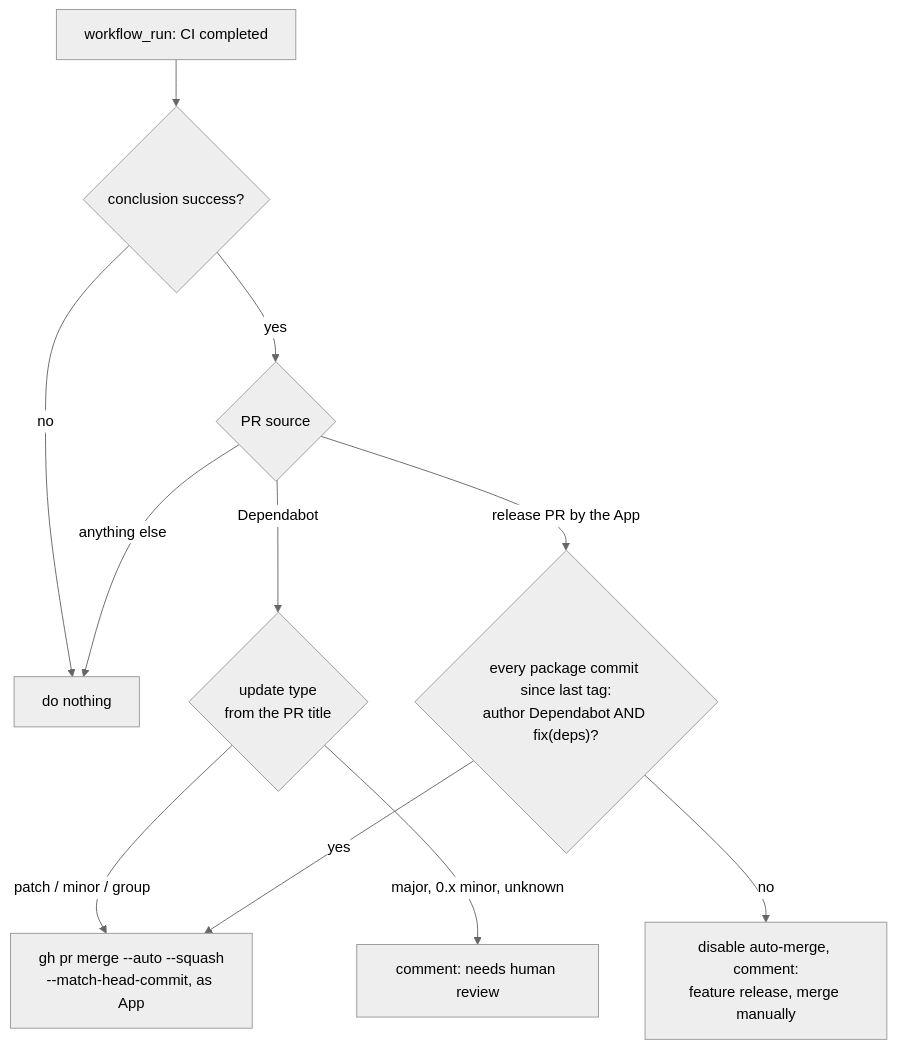
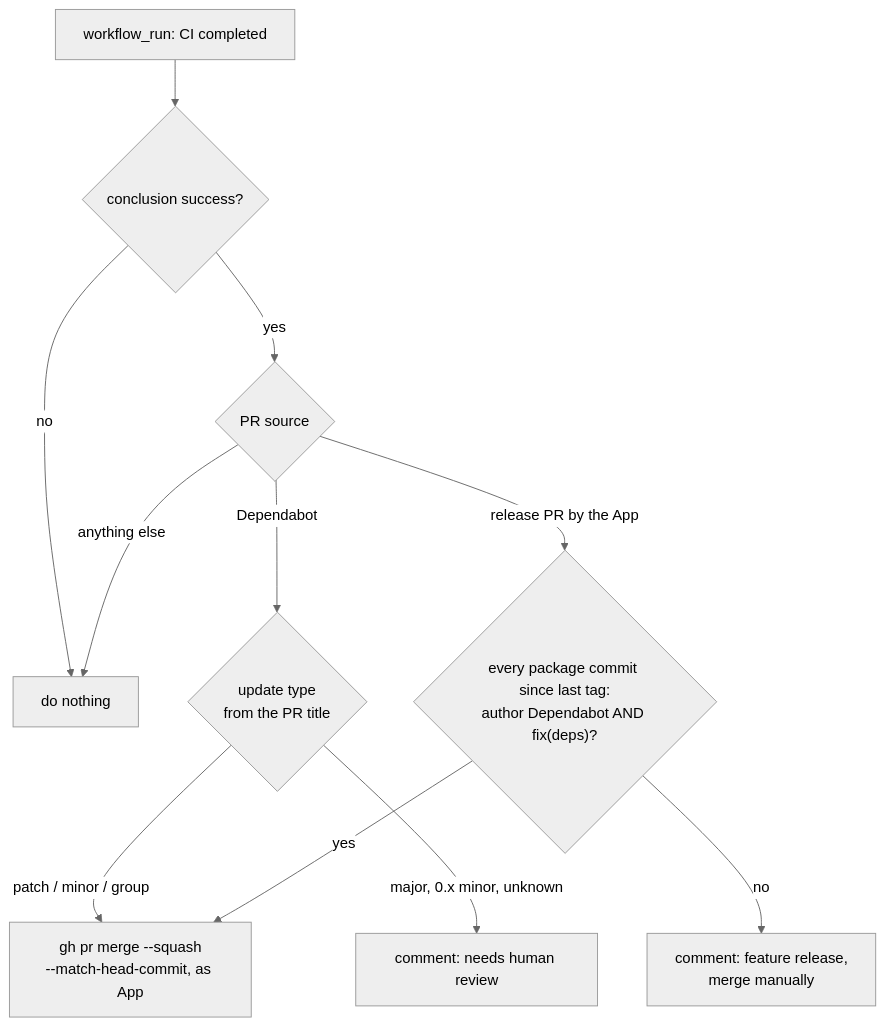
The fourth of 5 diagrams in docs/development.md (SoulcodeAgency/bexio-oauth), drawn with Mermaid (neutral theme) before and after one commit. The commit also changed other lines of this file and 4 other files, not shown here.

````diff
--- a/docs/development.md
+++ b/docs/development.md
@@ -152,13 +151,13 @@
 ```mermaid
 flowchart TD
     W["workflow_run: CI completed"] --> S{"conclusion success?"}
     S -->|no| Stop["do nothing"]
     S -->|yes| Who{"PR source"}
     Who -->|Dependabot| U{"update type<br/>from the PR title"}
-    U -->|"patch / minor / group"| AM["gh pr merge --auto --squash<br/>--match-head-commit, as App"]
+    U -->|"patch / minor / group"| AM["gh pr merge --squash<br/>--match-head-commit, as App"]
     U -->|"major, 0.x minor, unknown"| Cm1["comment: needs human review"]
     Who -->|"release PR by the App"| RC{"every package commit since last tag:<br/>author Dependabot AND fix(deps)?"}
     RC -->|yes| AM
-    RC -->|no| Cm2["disable auto-merge, comment:<br/>feature release, merge manually"]
+    RC -->|no| Cm2["comment: feature release,<br/>merge manually"]
     Who -->|anything else| Stop
 ```
````
